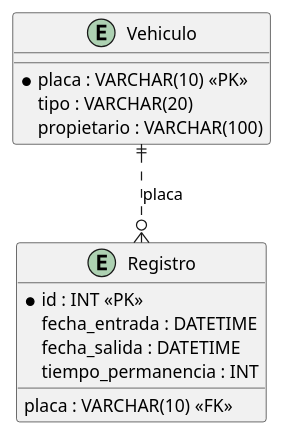
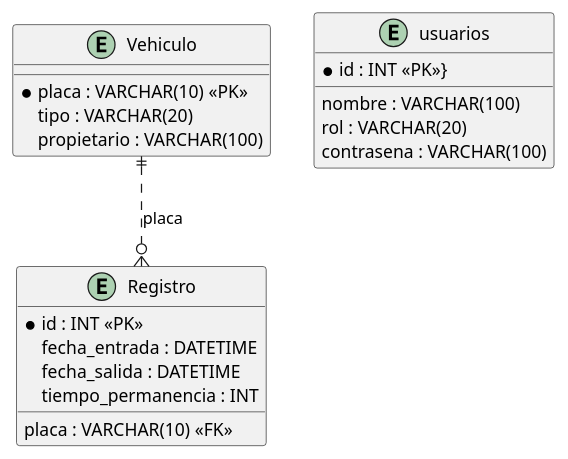
Before and after one commit to alejo8903/AutosColombia: the diagram in diagrams/ModeloRelacional.plantuml, drawn with PlantUML. The commit also changed 17 other files, not shown here.

```diff
--- a/diagrams/ModeloRelacional.plantuml
+++ b/diagrams/ModeloRelacional.plantuml
@@ -1,19 +1,26 @@
 @startuml
 entity Vehiculo {
   * placa : VARCHAR(10) <<PK>>
   tipo : VARCHAR(20)
   propietario : VARCHAR(100)
 }
 
 
 entity Registro {
   * id : INT <<PK>>
   fecha_entrada : DATETIME
   fecha_salida : DATETIME
   tiempo_permanencia : INT
   placa : VARCHAR(10) <<FK>>
 }
 
+entity usuarios {
+* id : INT <<PK>>}
+  nombre : VARCHAR(100)
+  rol : VARCHAR(20)
+  contrasena : VARCHAR(100)
+    }
+
 
 Vehiculo ||..o{ Registro : placa
 @enduml
```
